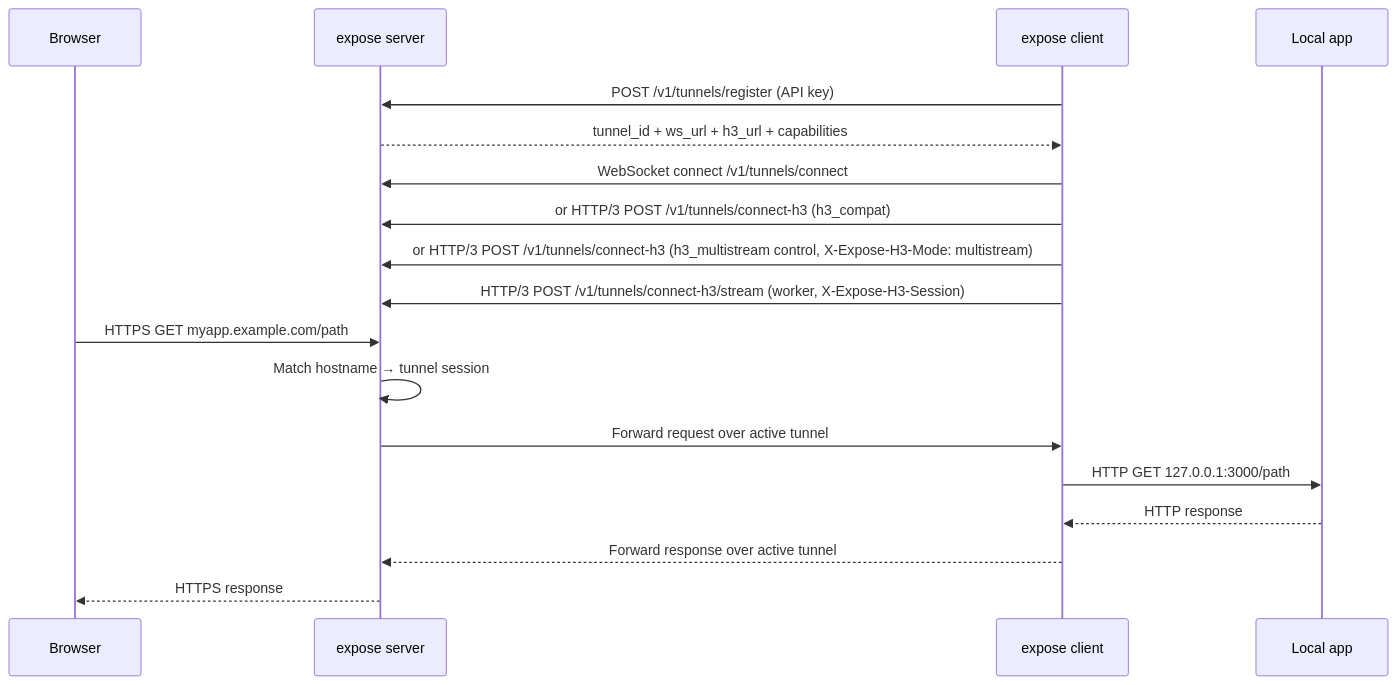
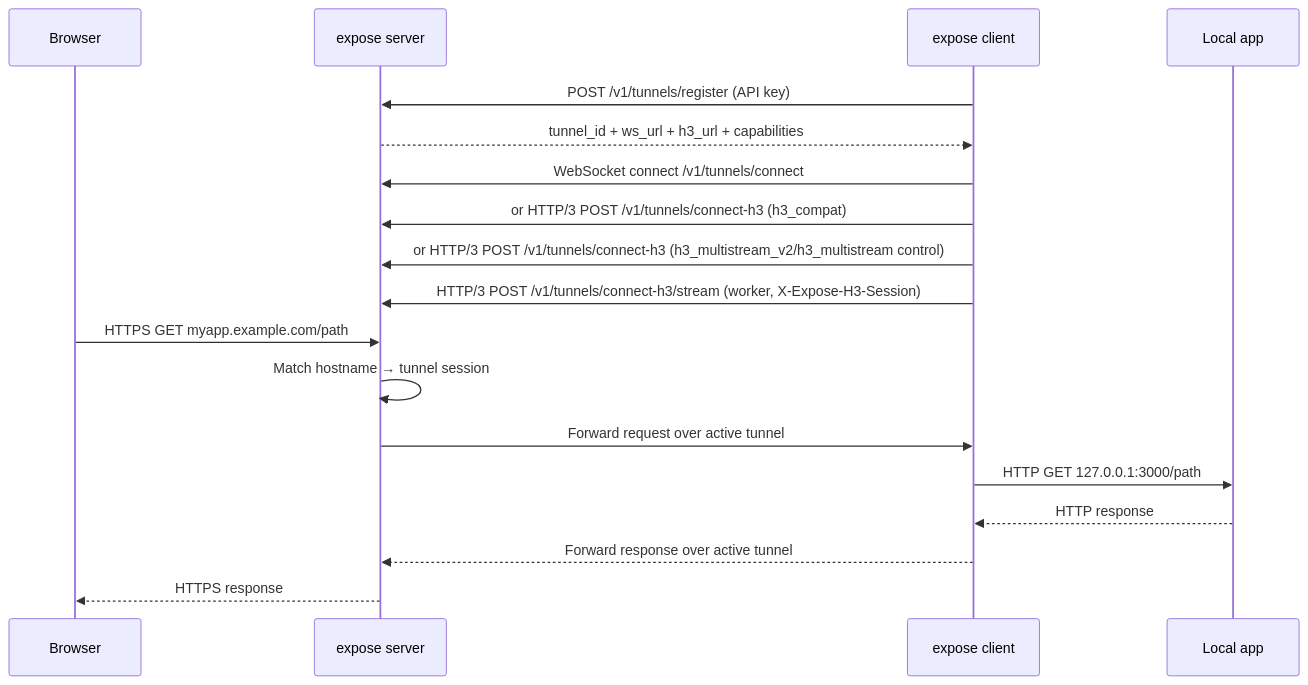
The second of 2 diagrams in docs/architecture-overview.md (koltyakov/expose), drawn with Mermaid before and after one commit. The commit also changed other lines of this file and 24 other files, not shown here.

````diff
--- a/docs/architecture-overview.md
+++ b/docs/architecture-overview.md
@@ -36,22 +36,22 @@
 ```mermaid
 sequenceDiagram
     participant B as Browser
     participant S as expose server
     participant C as expose client
     participant A as Local app
 
     C->>S: POST /v1/tunnels/register (API key)
     S-->>C: tunnel_id + ws_url + h3_url + capabilities
     C->>S: WebSocket connect /v1/tunnels/connect
     C->>S: or HTTP/3 POST /v1/tunnels/connect-h3 (h3_compat)
-    C->>S: or HTTP/3 POST /v1/tunnels/connect-h3 (h3_multistream control, X-Expose-H3-Mode: multistream)
+    C->>S: or HTTP/3 POST /v1/tunnels/connect-h3 (h3_multistream_v2/h3_multistream control)
     C->>S: HTTP/3 POST /v1/tunnels/connect-h3/stream (worker, X-Expose-H3-Session)
 
     B->>S: HTTPS GET myapp.example.com/path
     S->>S: Match hostname → tunnel session
     S->>C: Forward request over active tunnel
     C->>A: HTTP GET 127.0.0.1:3000/path
     A-->>C: HTTP response
     C-->>S: Forward response over active tunnel
     S-->>B: HTTPS response
 ```
````
